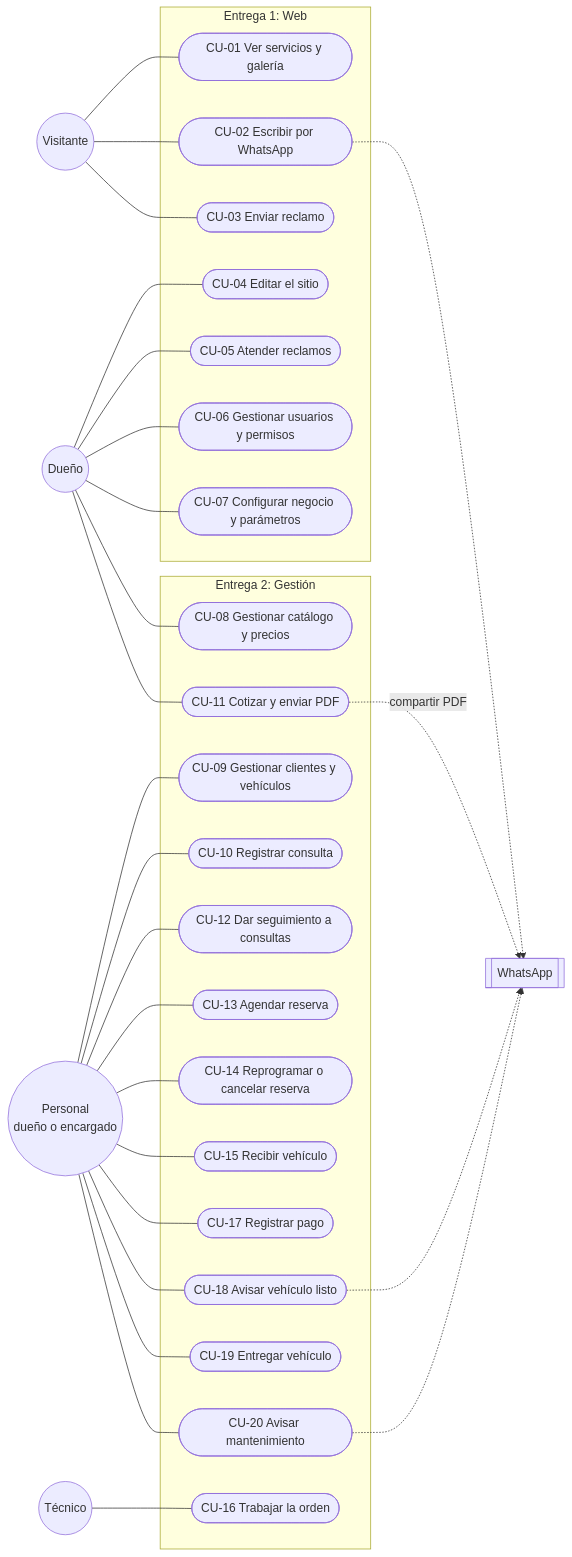
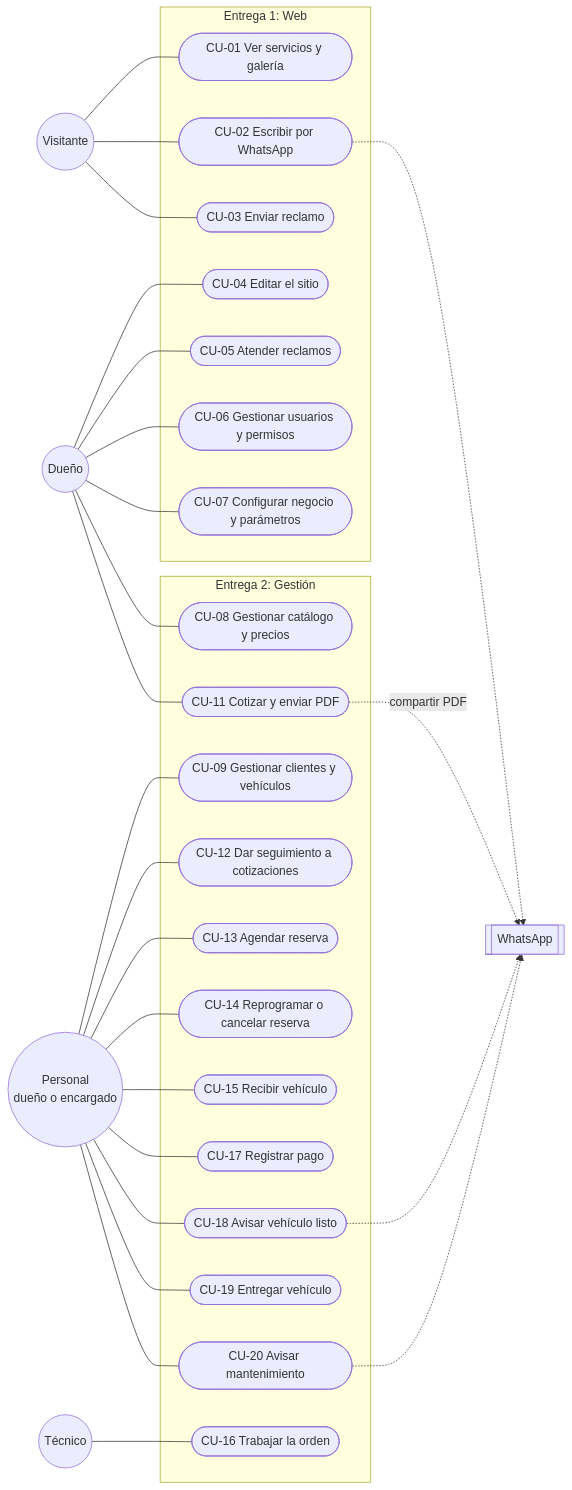
Before and after one commit to albertoamas/toctar: the diagram in docs/05-analisis/casos-de-uso/casos-de-uso.md, drawn with Mermaid. The commit also changed other lines of this file and 3 other files, not shown here.

````diff
--- a/docs/05-analisis/casos-de-uso/casos-de-uso.md
+++ b/docs/05-analisis/casos-de-uso/casos-de-uso.md
@@ -30,41 +30,40 @@
 ```mermaid
 flowchart LR
     V((Visitante))
     P((Personal<br/>dueño o encargado))
     D((Dueño))
     T((Técnico))
     W[[WhatsApp]]
 
     subgraph E1[Entrega 1: Web]
         CU01([CU-01 Ver servicios y galería])
         CU02([CU-02 Escribir por WhatsApp])
         CU03([CU-03 Enviar reclamo])
         CU04([CU-04 Editar el sitio])
         CU05([CU-05 Atender reclamos])
         CU06([CU-06 Gestionar usuarios y permisos])
         CU07([CU-07 Configurar negocio y parámetros])
     end
 
     subgraph E2[Entrega 2: Gestión]
         CU08([CU-08 Gestionar catálogo y precios])
         CU09([CU-09 Gestionar clientes y vehículos])
-        CU10([CU-10 Registrar consulta])
         CU11([CU-11 Cotizar y enviar PDF])
-        CU12([CU-12 Dar seguimiento a consultas])
+        CU12([CU-12 Dar seguimiento a cotizaciones])
         CU13([CU-13 Agendar reserva])
         CU14([CU-14 Reprogramar o cancelar reserva])
         CU15([CU-15 Recibir vehículo])
         CU16([CU-16 Trabajar la orden])
         CU17([CU-17 Registrar pago])
         CU18([CU-18 Avisar vehículo listo])
         CU19([CU-19 Entregar vehículo])
         CU20([CU-20 Avisar mantenimiento])
     end
 
     V --- CU01 & CU02 & CU03
     D --- CU04 & CU05 & CU06 & CU07 & CU08 & CU11
-    P --- CU09 & CU10 & CU12 & CU13 & CU14 & CU15 & CU17 & CU18 & CU19 & CU20
+    P --- CU09 & CU12 & CU13 & CU14 & CU15 & CU17 & CU18 & CU19 & CU20
     T --- CU16
     CU02 & CU18 & CU20 -.-> W
     CU11 -. compartir PDF .-> W
 ```
````
